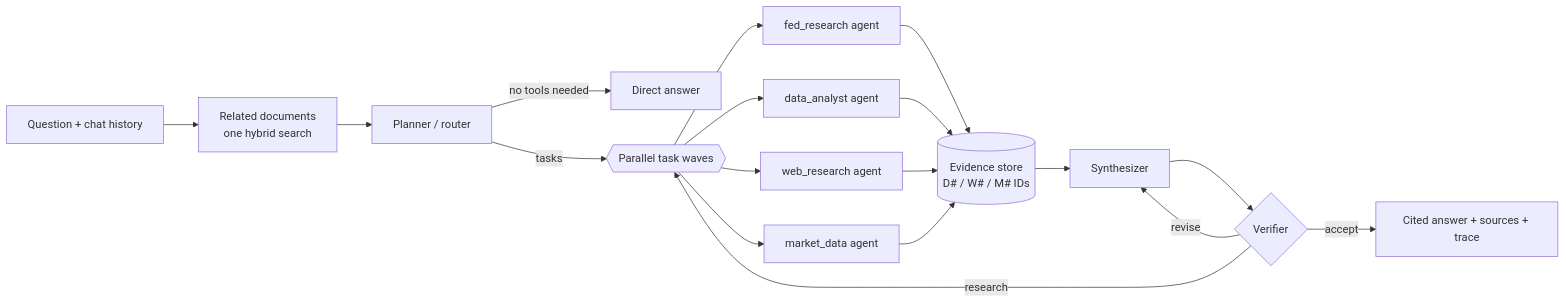
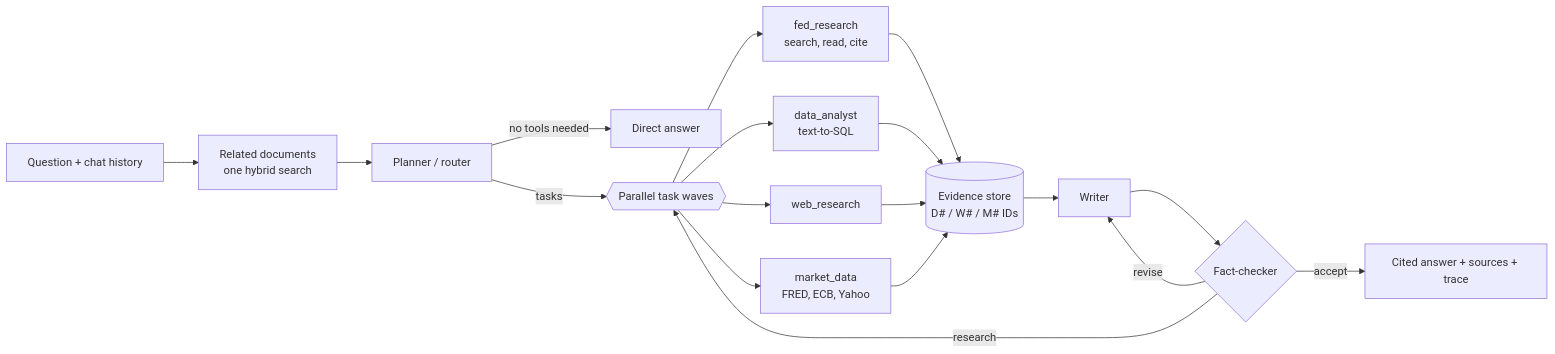
One commit to atahanuz/fedrag changed the diagram in README.md. Above: the diagram before and after it, drawn with Mermaid. The commit also changed other lines of this file and 13 other files, not shown here.

````diff
--- a/README.md
+++ b/README.md
@@ -26,17 +59,17 @@
 ```mermaid
 flowchart LR
     Q[Question + chat history] --> R[Related documents<br/>one hybrid search]
     R --> P[Planner / router]
     P -- no tools needed --> D[Direct answer]
     P -- tasks --> X{{Parallel task waves}}
-    X --> F[fed_research agent]
-    X --> T[data_analyst agent]
-    X --> W[web_research agent]
-    X --> M[market_data agent]
+    X --> F[fed_research<br/>search, read, cite]
+    X --> T[data_analyst<br/>text-to-SQL]
+    X --> W[web_research]
+    X --> M[market_data<br/>FRED, ECB, Yahoo]
     F & T & W & M --> E[(Evidence store<br/>D# / W# / M# IDs)]
-    E --> S[Synthesizer]
-    S --> V{Verifier}
+    E --> S[Writer]
+    S --> V{Fact-checker}
     V -- accept --> A[Cited answer + sources + trace]
     V -- revise --> S
     V -- research --> X
 ```
````
